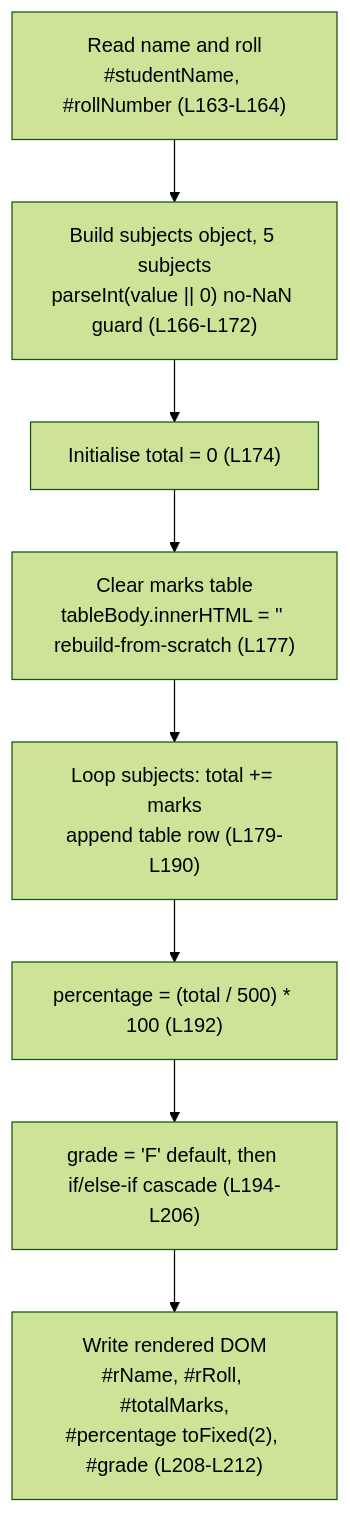
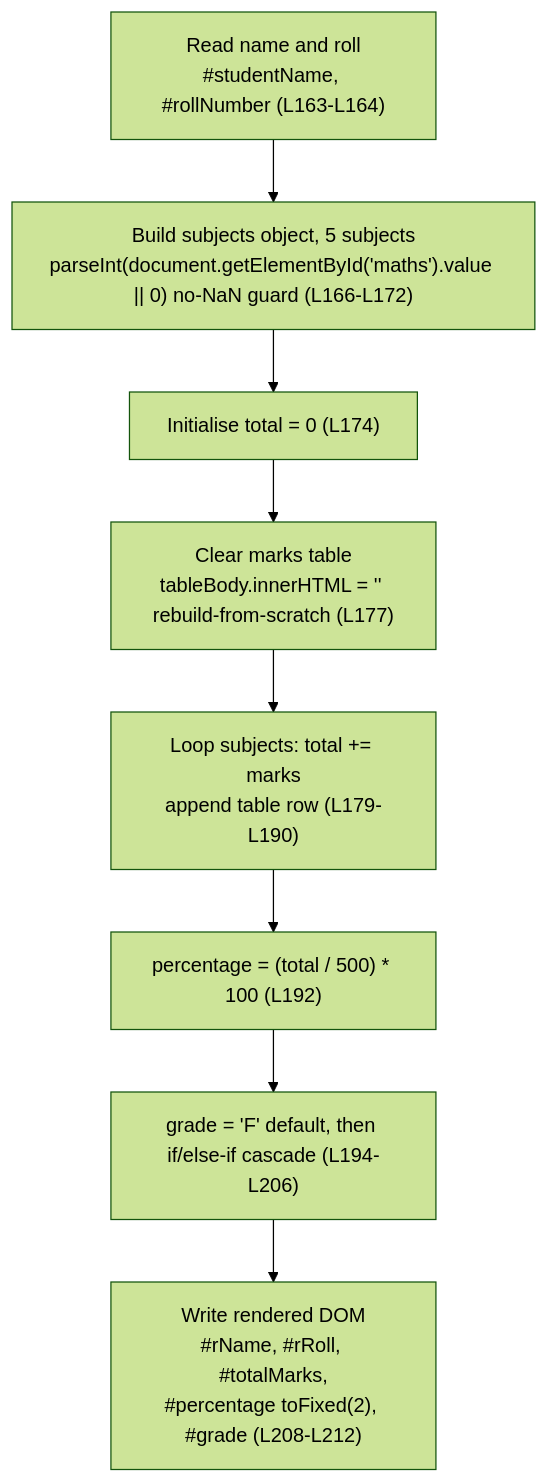
One commit to ajitblitzy/Student_Mngt_09-Jun-2026 changed the first of 2 diagrams in docs/api-reference/script-js.md. Above: the diagram before and after it, drawn with Mermaid (forest theme). The commit also changed 6 other files, not shown here.

````diff
--- a/docs/api-reference/script-js.md
+++ b/docs/api-reference/script-js.md
@@ -149,12 +149,12 @@
 ```mermaid
 flowchart TD
     A["Read name and roll<br/>#studentName, #rollNumber (L163-L164)"]
-    B["Build subjects object, 5 subjects<br/>parseInt(value || 0) no-NaN guard (L166-L172)"]
+    B["Build subjects object, 5 subjects<br/>parseInt(document.getElementById('maths').value || 0) no-NaN guard (L166-L172)"]
     C["Initialise total = 0 (L174)"]
     D["Clear marks table<br/>tableBody.innerHTML = '' rebuild-from-scratch (L177)"]
     E["Loop subjects: total += marks<br/>append table row (L179-L190)"]
     F["percentage = (total / 500) * 100 (L192)"]
     G["grade = 'F' default, then if/else-if cascade (L194-L206)"]
     H["Write rendered DOM<br/>#rName, #rRoll, #totalMarks,<br/>#percentage toFixed(2), #grade (L208-L212)"]
     A --> B --> C --> D --> E --> F --> G --> H
 ```
````
